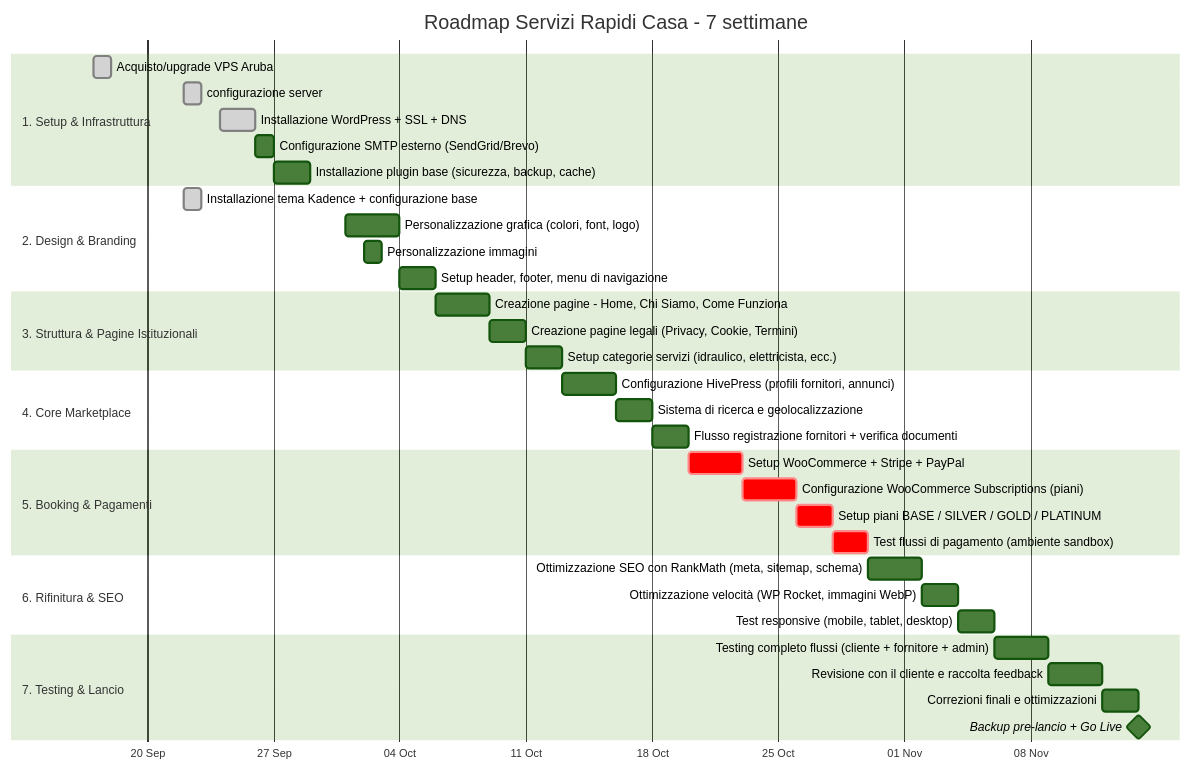
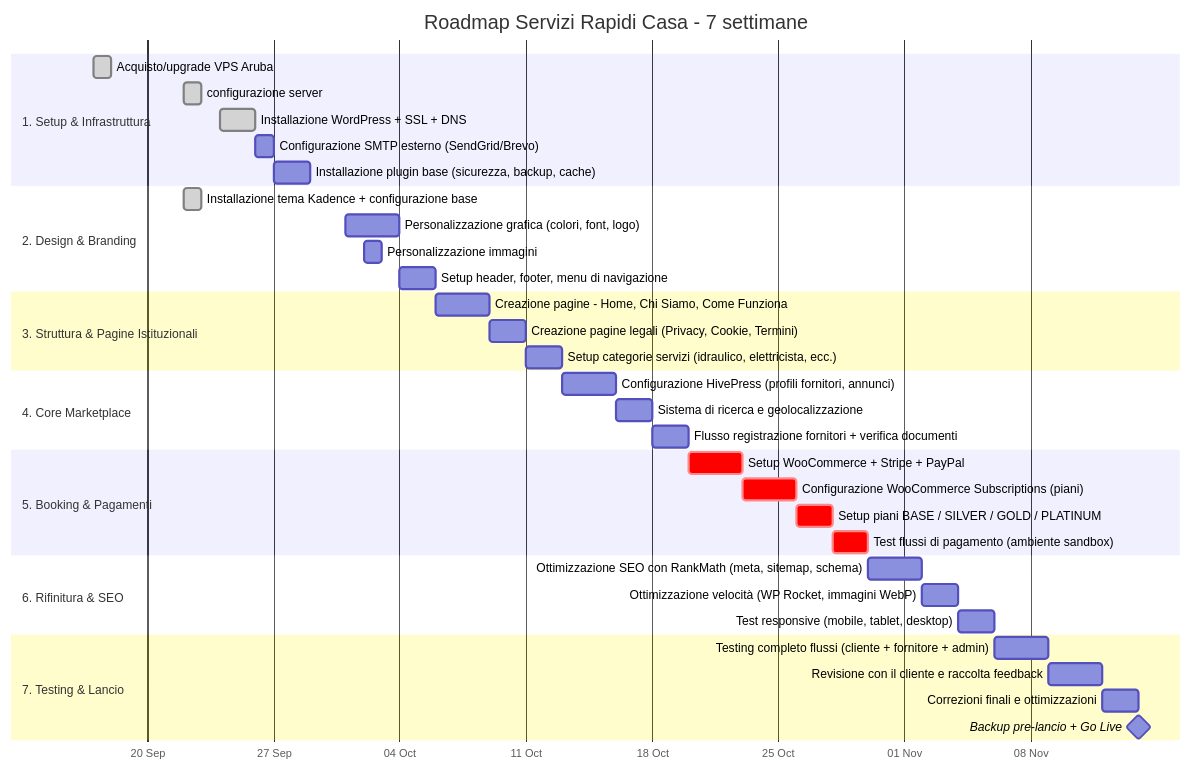
Before and after one commit to BarbaraLol/servizi_rapidi_casa: the diagram in src_roadmap.md, drawn with Mermaid.

````diff
--- a/src_roadmap.md
+++ b/src_roadmap.md
@@ -17,47 +17,47 @@
 ```mermaid
-%%{init: {'theme':'forest'}}%%
+%%{init: {'theme':'default'}}%%
 gantt
     title Roadmap Servizi Rapidi Casa - 7 settimane
     dateFormat  DD-MM-YYYY
     axisFormat  %d %b
 
     section 1. Setup & Infrastruttura
     Acquisto/upgrade VPS Aruba                         :done, a1, 17-09-2026, 1d
     configurazione server                             :done, a2, 22-09-2026, 1d
     Installazione WordPress + SSL + DNS               :done, a3, 24-09-2026, 2d
     Configurazione SMTP esterno (SendGrid/Brevo)               :a4, 26-09-2026, 1d
     Installazione plugin base (sicurezza, backup, cache)       :a5, 27-09-2026, 2d
 
     section 2. Design & Branding
     Installazione tema Kadence + configurazione base         :done, a6, 22-09-2026, 1d
     Personalizzazione grafica (colori, font, logo)             :a7, 01-10-2026, 3d
     Personalizzazione immagini                                 :a8, 02-10-2026, 1d
     Setup header, footer, menu di navigazione                  :a9, 04-10-2026, 2d
 
     section 3. Struttura & Pagine Istituzionali
     Creazione pagine - Home, Chi Siamo, Come Funziona           :a10, 06-10-2026, 3d
     Creazione pagine legali (Privacy, Cookie, Termini)         :a11, 09-10-2026, 2d
     Setup categorie servizi (idraulico, elettricista, ecc.)    :a12, 11-10-2026, 2d
 
     section 4. Core Marketplace
     Configurazione HivePress (profili fornitori, annunci)      :a13, 13-10-2026, 3d
     Sistema di ricerca e geolocalizzazione                     :a14, 16-10-2026, 2d
     Flusso registrazione fornitori + verifica documenti        :a15, 18-10-2026, 2d
 
     section 5. Booking & Pagamenti
     Setup WooCommerce + Stripe + PayPal                        :crit, a16, 20-10-2026, 3d
     Configurazione WooCommerce Subscriptions (piani)           :crit, a17, 23-10-2026, 3d
     Setup piani BASE / SILVER / GOLD / PLATINUM                :crit, a18, 26-10-2026, 2d
     Test flussi di pagamento (ambiente sandbox)                :crit, a19, 28-10-2026, 2d
 
     section 6. Rifinitura & SEO
     Ottimizzazione SEO con RankMath (meta, sitemap, schema)    :a20, 30-10-2026, 3d
     Ottimizzazione velocità (WP Rocket, immagini WebP)         :a21, 02-11-2026, 2d
     Test responsive (mobile, tablet, desktop)                  :a22, 04-11-2026, 2d
 
     section 7. Testing & Lancio
     Testing completo flussi (cliente + fornitore + admin)      :a23, 06-11-2026, 3d
     Revisione con il cliente e raccolta feedback               :a24, 09-11-2026, 3d
     Correzioni finali e ottimizzazioni                         :a25, 12-11-2026, 2d
     Backup pre-lancio + Go Live                                :milestone, a26, 14-11-2026, 0d
 ```
````
